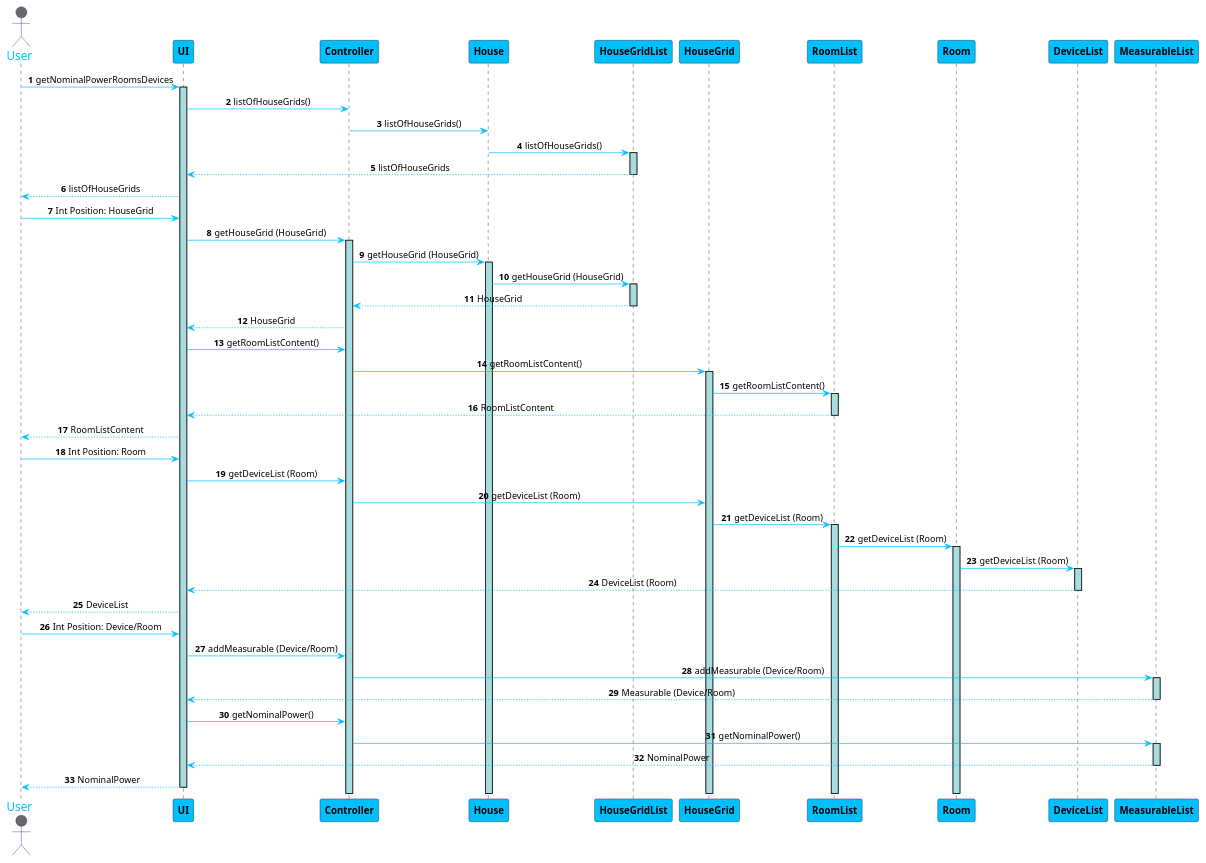
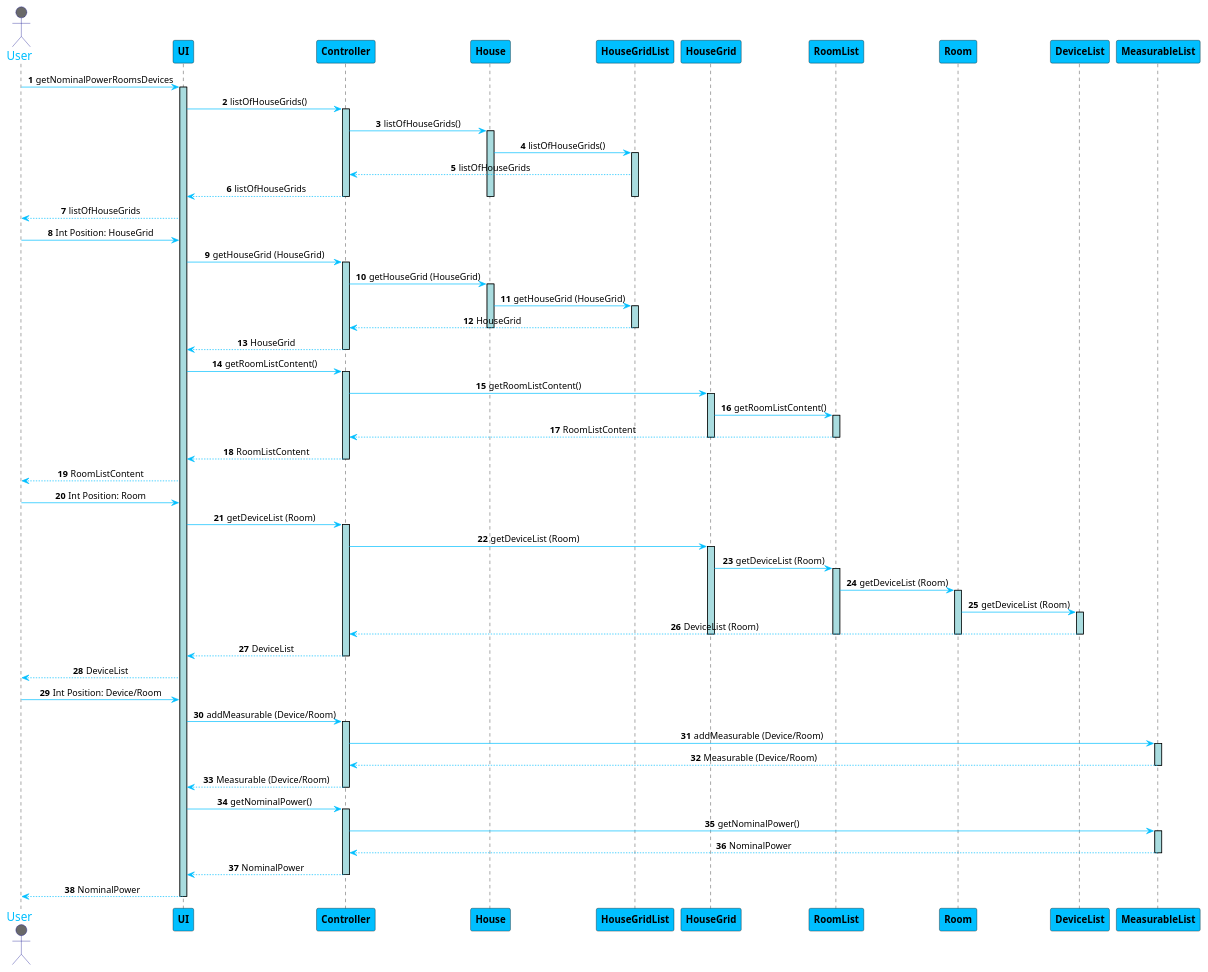
Before and after one commit to 1181687/hateoasToy: the diagram in src/Docs/Sprint2/GetNominalPowerRoomsDevices.puml, drawn with PlantUML. The commit also changed 4 other files, not shown here.

Commit message:
Changes to Sequence Diagrams

```diff
--- a/src/Docs/Sprint2/GetNominalPowerRoomsDevices.puml
+++ b/src/Docs/Sprint2/GetNominalPowerRoomsDevices.puml
@@ -1,74 +1,103 @@
 @startuml
 skinparam sequenceMessageAlign center
 skinparam sequence {
 	ArrowColor DeepSkyBlue
 	ActorBorderColor DarkBlue
 	LifeLineBorderColor black
 	LifeLineBackgroundColor #A9DCDF
 
 	ParticipantBorderColor Black
 	ParticipantBackgroundColor DeepSkyBlue
 	ParticipantFontStyle Bold
 
 	ActorBackgroundColor DimGrey
 	ActorFontColor DeepSkyBlue
 	ActorFontSize 17
 	ActorFontName Aapex
 }
 
 autonumber
 actor User
 User -> UI: getNominalPowerRoomsDevices
 activate UI
 UI -> Controller: listOfHouseGrids()
-
+activate Controller
 Controller -> House: listOfHouseGrids()
+activate House
 House -> HouseGridList: listOfHouseGrids()
 activate HouseGridList
-UI <-- HouseGridList: listOfHouseGrids
+Controller <-- HouseGridList: listOfHouseGrids
+UI <-- Controller: listOfHouseGrids
 deactivate HouseGridList
+deactivate House
+deactivate Controller
 User <-- UI: listOfHouseGrids
 User -> UI: Int Position: HouseGrid
 UI -> Controller: getHouseGrid (HouseGrid)
 activate Controller
 Controller -> House: getHouseGrid (HouseGrid)
 activate House
 House -> HouseGridList: getHouseGrid (HouseGrid)
 activate HouseGridList
 Controller <-- HouseGridList: HouseGrid
 deactivate HouseGridList
+deactivate House
 UI <-- Controller: HouseGrid
+deactivate Controller
+
 UI -> Controller: getRoomListContent()
+activate Controller
 Controller -> HouseGrid: getRoomListContent()
 activate HouseGrid
 HouseGrid -> RoomList: getRoomListContent()
 activate RoomList
-UI <-- RoomList: RoomListContent
+Controller <-- RoomList: RoomListContent
 deactivate RoomList
+deactivate HouseGrid
+UI <-- Controller: RoomListContent
+deactivate RoomList
+deactivate Controller
 User <-- UI: RoomListContent
+
 User -> UI: Int Position: Room
 UI -> Controller: getDeviceList (Room)
+activate Controller
 Controller -> HouseGrid: getDeviceList (Room)
+activate HouseGrid
 HouseGrid -> RoomList: getDeviceList (Room)
 activate RoomList
 RoomList -> Room: getDeviceList (Room)
 activate Room
 Room -> DeviceList: getDeviceList (Room)
 activate DeviceList
-UI <-- DeviceList: DeviceList (Room)
+Controller <-- DeviceList: DeviceList (Room)
+deactivate Room
+deactivate RoomList
+deactivate HouseGrid
 deactivate DeviceList
+UI <-- Controller: DeviceList
+deactivate Controller
 User <-- UI: DeviceList
+
 User -> UI: Int Position: Device/Room
 UI -> Controller: addMeasurable (Device/Room)
+activate Controller
 Controller -> MeasurableList: addMeasurable (Device/Room)
 activate MeasurableList
-UI <-- MeasurableList: Measurable (Device/Room)
+Controller <-- MeasurableList: Measurable (Device/Room)
 deactivate MeasurableList
+UI <-- Controller: Measurable (Device/Room)
+deactivate Controller
+
 UI -> Controller:  getNominalPower()
+activate Controller
 Controller -> MeasurableList: getNominalPower()
 activate MeasurableList
-UI <-- MeasurableList: NominalPower
+Controller <-- MeasurableList: NominalPower
+deactivate MeasurableList
+UI <-- Controller: NominalPower
+deactivate Controller
 deactivate MeasurableList
 User <-- UI: NominalPower
 deactivate UI
 @enduml
```
